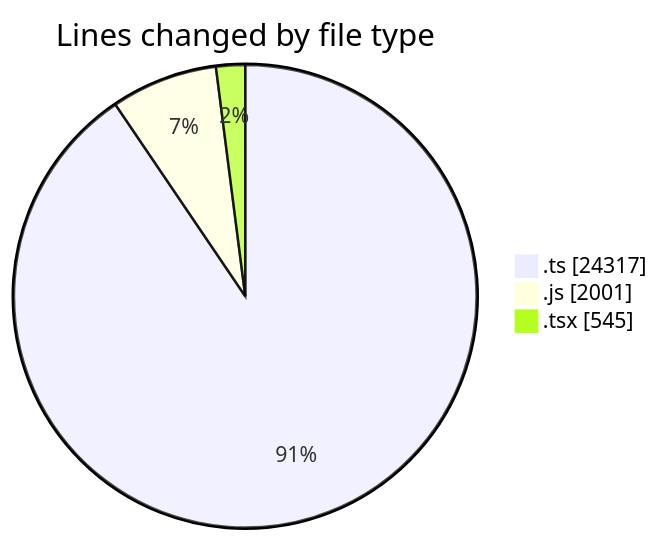
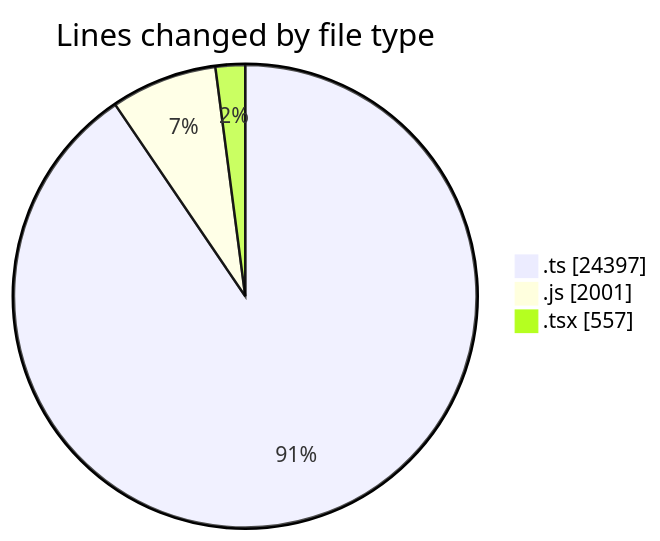
The first of 2 diagrams in 2025-06-20/cda/README.md (momahboobian/code-tracking), drawn with Mermaid before and after one commit. The commit also changed other lines of this file and 1 other file, not shown here.

````diff
--- a/2025-06-20/cda/README.md
+++ b/2025-06-20/cda/README.md
@@ -36,7 +36,7 @@
 ```mermaid
 pie showData
 title Lines changed by file type
-".ts" : 24317
+".ts" : 24397
 ".js" : 2001
-".tsx" : 545
+".tsx" : 557
 ```
````
